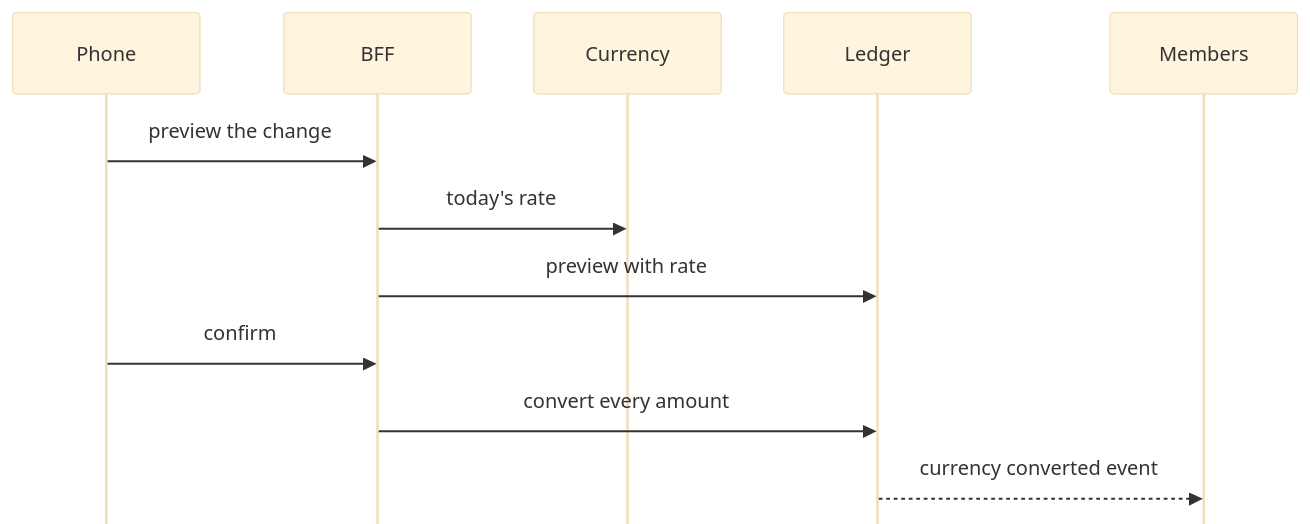
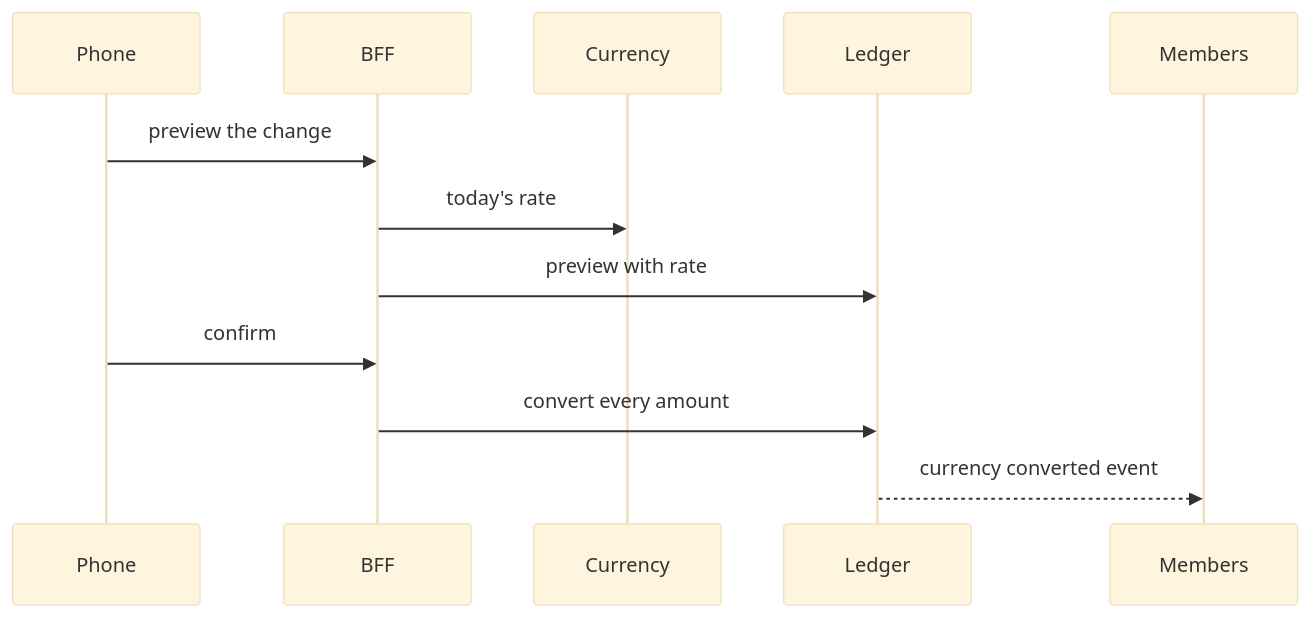
Before and after one commit to ravialdyh/my-money-recap-monorepo: the diagram in apps/backend/cmd/ledger/README.md, drawn with Mermaid (base theme). The commit also changed 21 other files, not shown here.

````diff
--- a/apps/backend/cmd/ledger/README.md
+++ b/apps/backend/cmd/ledger/README.md
@@ -11,19 +11,14 @@
 ```mermaid
----
-config:
-  sequence:
-    mirrorActors: false
----
 sequenceDiagram
     participant Phone
     participant BFF
     participant Currency
     participant Ledger
     participant Members
     Phone->>BFF: preview the change
     BFF->>Currency: today's rate
     BFF->>Ledger: preview with rate
     Phone->>BFF: confirm
     BFF->>Ledger: convert every amount
     Ledger-->>Members: currency converted event
 ```
````
